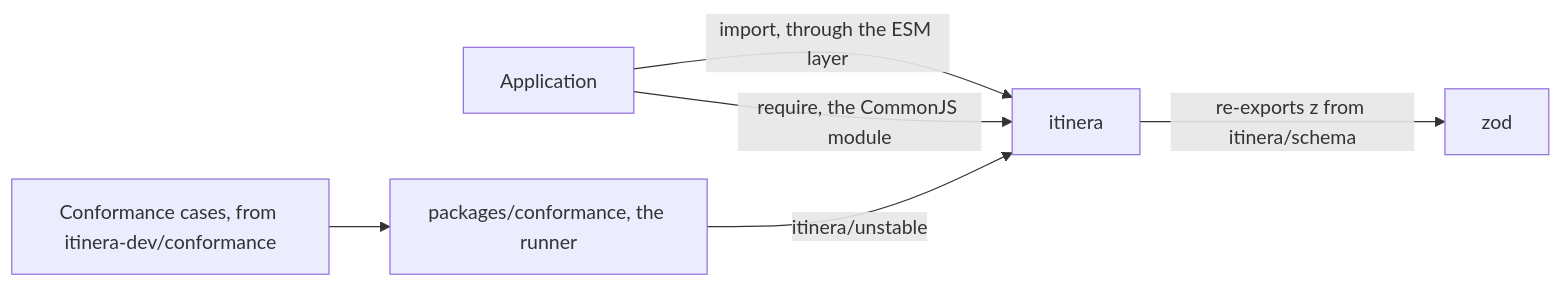
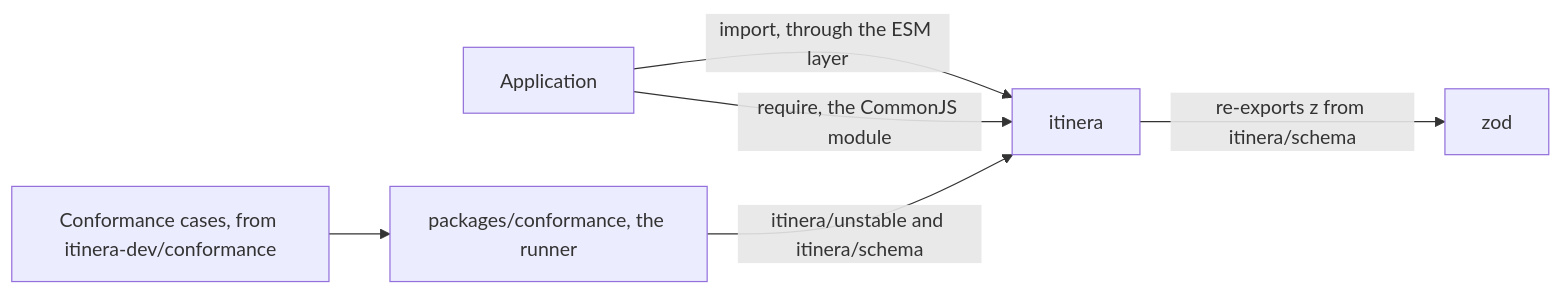
One commit to itinera-dev/itinera-ts changed the first of 8 diagrams in docs/architecture.md. Above: the diagram before and after it, drawn with Mermaid. The commit also changed other lines of this file and 25 other files, not shown here.

````diff
--- a/docs/architecture.md
+++ b/docs/architecture.md
@@ -13,10 +13,10 @@
 ```mermaid
 flowchart LR
     accTitle: The packages of itinera-ts
-    accDescr: Applications depend on the package itinera and import each concept from a subpath, through an ESM layer or the CommonJS module behind it. The conformance runner, a package of the workspace that is never published, depends on itinera through itinera/unstable and reads the conformance cases. itinera depends on Zod, which it re-exports from itinera/schema.
+    accDescr: Applications depend on the package itinera and import each concept from a subpath, through an ESM layer or the CommonJS module behind it. The conformance runner, a package of the workspace that is never published, depends on itinera through itinera/unstable, and itinera/schema for Zod, and reads the conformance cases. itinera depends on Zod, which it re-exports from itinera/schema.
     app["Application"] -->|"import, through the ESM layer"| itinera["itinera"]
     app -->|"require, the CommonJS module"| itinera
-    runner["packages/conformance, the runner"] -->|"itinera/unstable"| itinera
+    runner["packages/conformance, the runner"] -->|"itinera/unstable and itinera/schema"| itinera
     cases["Conformance cases, from itinera-dev/conformance"] --> runner
     itinera -->|"re-exports z from itinera/schema"| zod["zod"]
 ```
````
